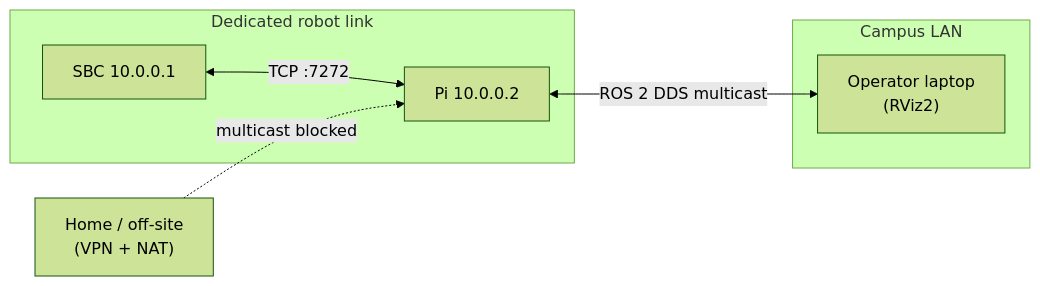
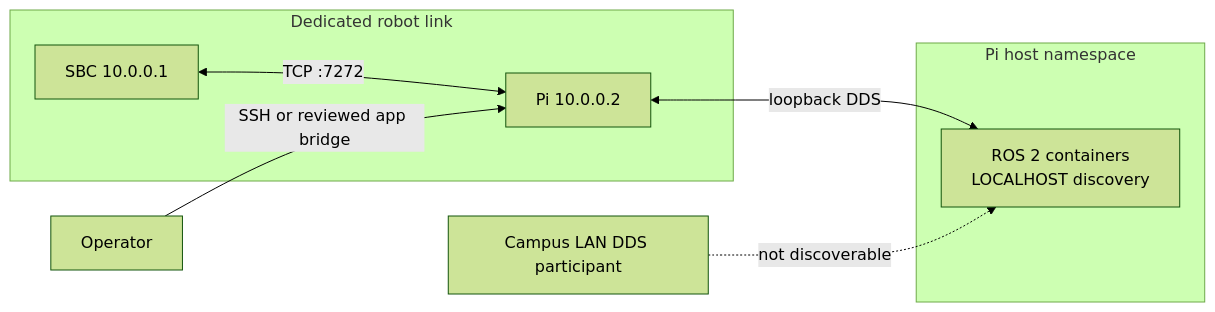
One commit to cmu-impactlab/patrolbot changed the diagram in docs/deployment/network-setup.md. Above: the diagram before and after it, drawn with Mermaid (forest theme). The commit also changed other lines of this file and 38 other files, not shown here.

````diff
--- a/docs/deployment/network-setup.md
+++ b/docs/deployment/network-setup.md
@@ -15,13 +16,14 @@
 ```mermaid
 flowchart LR
     subgraph WIRED["Dedicated robot link"]
         SBC["SBC 10.0.0.1"]
         PI["Pi 10.0.0.2"]
         SBC <-->|"TCP :7272"| PI
     end
-    subgraph LAN["Campus LAN"]
-        OP["Operator laptop\n(RViz2)"]
-        PI <-->|"ROS 2 DDS multicast"| OP
+    subgraph PIHOST["Pi host namespace"]
+        ROS["ROS 2 containers\nLOCALHOST discovery"]
+        PI <-->|"loopback DDS"| ROS
     end
-    HOME["Home / off-site\n(VPN + NAT)"] -. "multicast blocked" .-> PI
+    OP["Operator"] -->|"SSH or reviewed app bridge"| PI
+    LAN["Campus LAN DDS participant"] -. "not discoverable" .-> ROS
 ```
````
